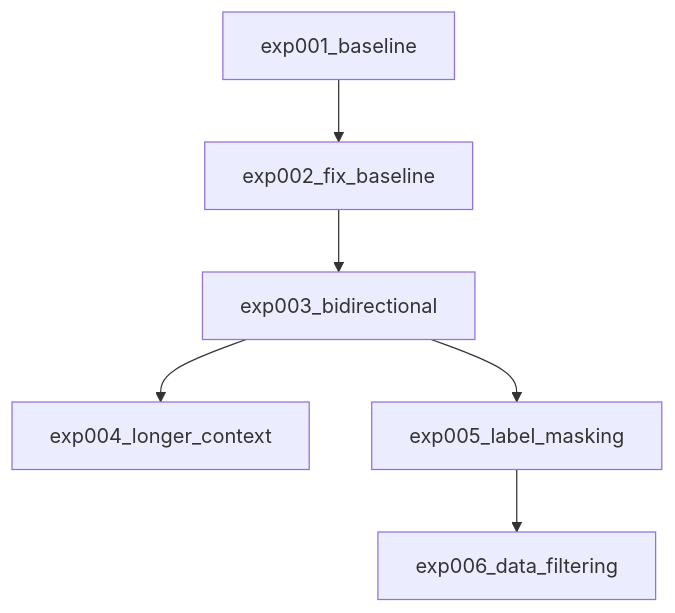
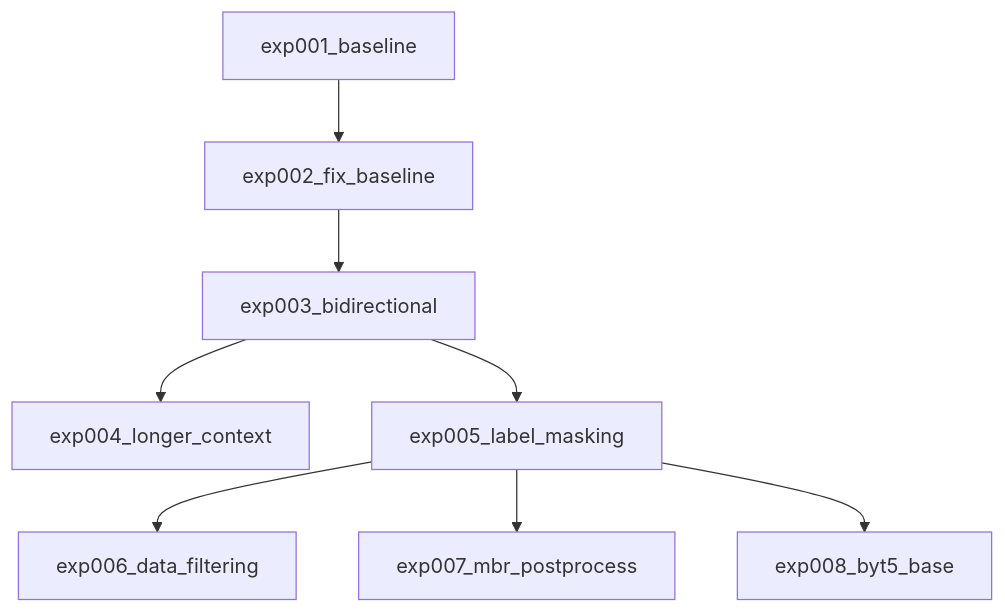
The diagram in workspace/experiment_summary.md (root4kaido/Akkadian), drawn with Mermaid before and after one commit. The commit also changed other lines of this file and 44 other files, not shown here.

First line of the commit message:
Add exp007 MBR postprocess and exp008 ByT5-base experiments, EDA 005-010, surveys

````diff
--- a/workspace/experiment_summary.md
+++ b/workspace/experiment_summary.md
@@ -5,9 +5,11 @@
 ```mermaid
 graph TD
     exp001[exp001_baseline]
     exp001 --> exp002[exp002_fix_baseline]
     exp002 --> exp003[exp003_bidirectional]
     exp003 --> exp004[exp004_longer_context]
     exp003 --> exp005[exp005_label_masking]
     exp005 --> exp006[exp006_data_filtering]
+    exp005 --> exp007[exp007_mbr_postprocess]
+    exp005 --> exp008[exp008_byt5_base]
 ```
````
